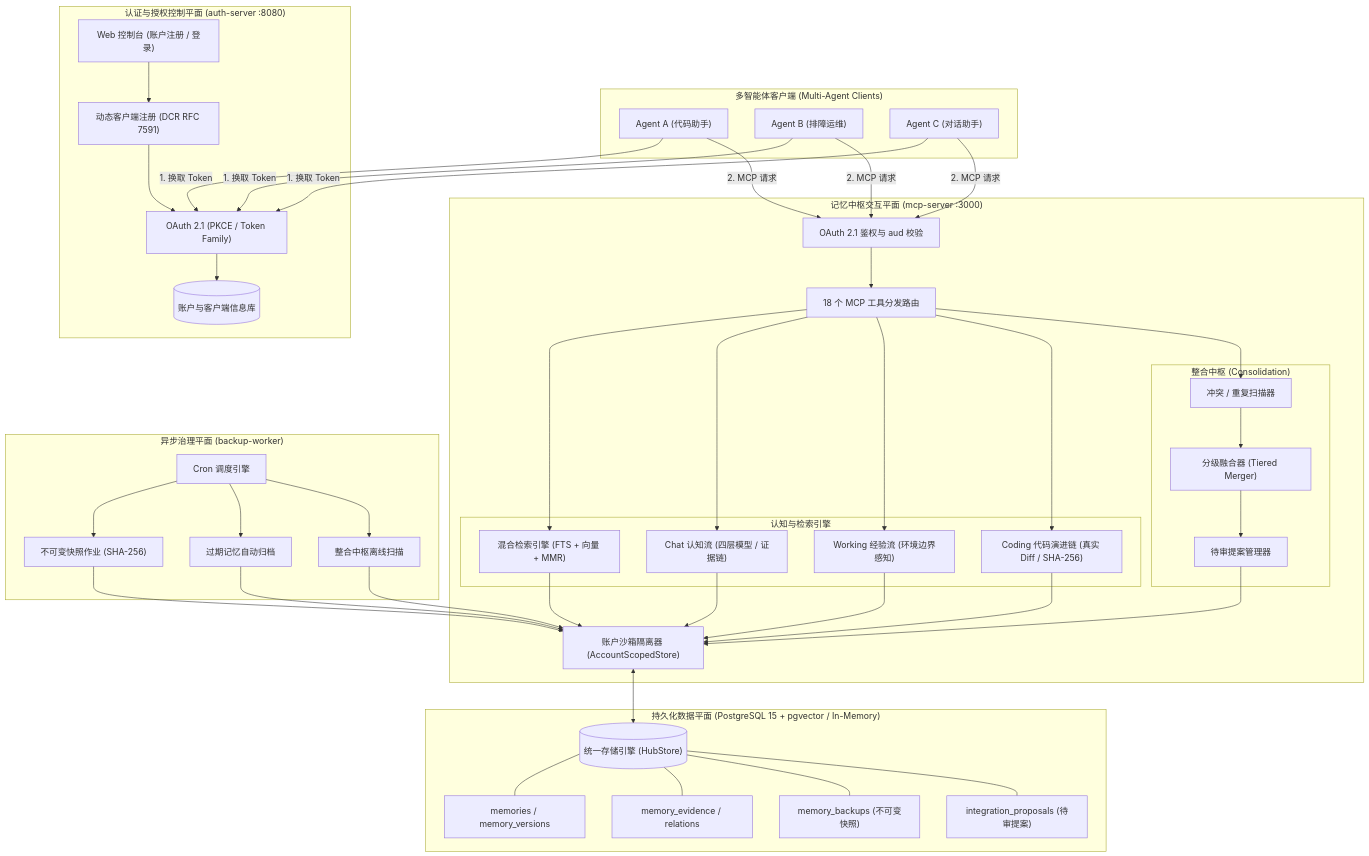
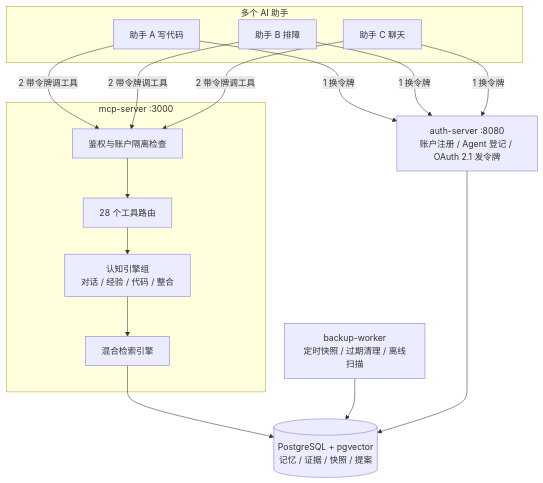
The first of 2 diagrams in README.md (orderye/memory-hub), drawn with Mermaid before and after one commit. The commit also changed other lines of this file, not shown here.

````diff
--- a/README.md
+++ b/README.md
@@ -86,88 +70,32 @@
 ```mermaid
 flowchart TD
-    subgraph ClientGroup["多智能体客户端 (Multi-Agent Clients)"]
-        AgentA["Agent A (代码助手)"]
-        AgentB["Agent B (排障运维)"]
-        AgentC["Agent C (对话助手)"]
+    subgraph Agents["多个 AI 助手"]
+        A1["助手 A 写代码"]
+        A2["助手 B 排障"]
+        A3["助手 C 聊天"]
     end
 
-    subgraph AuthPlane["认证与授权控制平面 (auth-server :8080)"]
-        Console["Web 控制台 (账户注册 / 登录)"]
-        DCR["动态客户端注册 (DCR RFC 7591)"]
-        OAuth["OAuth 2.1 (PKCE / Token Family)"]
-        AuthDB[("账户与客户端信息库")]
-        Console --> DCR
-        DCR --> OAuth
-        OAuth --> AuthDB
+    Auth["auth-server :8080<br/>账户注册 / Agent 登记 / OAuth 2.1 发令牌"]
+
+    subgraph Hub["mcp-server :3000"]
+        Guard["鉴权与账户隔离检查"]
+        Tools["28 个工具路由"]
+        Engines["认知引擎组<br/>对话 / 经验 / 代码 / 整合"]
+        Search["混合检索引擎"]
+        Guard --> Tools --> Engines
+        Engines --> Search
     end
 
-    subgraph MCPPlane["记忆中枢交互平面 (mcp-server :3000)"]
-        AuthzFilter["OAuth 2.1 鉴权与 aud 校验"]
-        ToolRouter["18 个 MCP 工具分发路由"]
-        
-        subgraph CognitiveEngines["认知与检索引擎"]
-            HybridRetriever["混合检索引擎 (FTS + 向量 + MMR)"]
-            ChatPipeline["Chat 认知流 (四层模型 / 证据链)"]
-            WorkingPipeline["Working 经验流 (环境边界感知)"]
-            CodingPipeline["Coding 代码演进链 (真实 Diff / SHA-256)"]
-        end
+    Worker["backup-worker<br/>定时快照 / 过期清理 / 离线扫描"]
+    DB[("PostgreSQL + pgvector<br/>记忆 / 证据 / 快照 / 提案")]
 
-        subgraph ConsolidationEngine["整合中枢 (Consolidation)"]
-            ConflictScanner["冲突 / 重复扫描器"]
-            TieredMerger["分级融合器 (Tiered Merger)"]
-            ProposalMgr["待审提案管理器"]
-        end
-        
-        SandboxGuard["账户沙箱隔离器 (AccountScopedStore)"]
-        
-        AuthzFilter --> ToolRouter
-        ToolRouter --> HybridRetriever
-        ToolRouter --> ChatPipeline
-        ToolRouter --> WorkingPipeline
-        ToolRouter --> CodingPipeline
-        ToolRouter --> ConflictScanner
-        
-        HybridRetriever --> SandboxGuard
-        ChatPipeline --> SandboxGuard
-        WorkingPipeline --> SandboxGuard
-        CodingPipeline --> SandboxGuard
-        ConflictScanner --> TieredMerger
-        TieredMerger --> ProposalMgr
-        ProposalMgr --> SandboxGuard
-    end
-
-    subgraph WorkerPlane["异步治理平面 (backup-worker)"]
-        CronSched["Cron 调度引擎"]
-        BackupJob["不可变快照作业 (SHA-256)"]
-        ArchiveJob["过期记忆自动归档"]
-        ScanJob["整合中枢离线扫描"]
-        CronSched --> BackupJob
-        CronSched --> ArchiveJob
-        CronSched --> ScanJob
-    end
-
-    subgraph DataPlane["持久化数据平面 (PostgreSQL 15 + pgvector / In-Memory)"]
-        StorageEngine[("统一存储引擎 (HubStore)")]
-        T_Mem["memories / memory_versions"]
-        T_Evi["memory_evidence / relations"]
-        T_Bak["memory_backups (不可变快照)"]
-        T_Prop["integration_proposals (待审提案)"]
-        StorageEngine --- T_Mem
-        StorageEngine --- T_Evi
-        StorageEngine --- T_Bak
-        StorageEngine --- T_Prop
-    end
-
-    AgentA -->|1. 换取 Token| OAuth
-    AgentB -->|1. 换取 Token| OAuth
-    AgentC -->|1. 换取 Token| OAuth
-
-    AgentA -->|2. MCP 请求| AuthzFilter
-    AgentB -->|2. MCP 请求| AuthzFilter
-    AgentC -->|2. MCP 请求| AuthzFilter
-
-    SandboxGuard <--> StorageEngine
-    BackupJob --> SandboxGuard
-    ArchiveJob --> SandboxGuard
-    ScanJob --> SandboxGuard
+    A1 -->|1 换令牌| Auth
+    A2 -->|1 换令牌| Auth
+    A3 -->|1 换令牌| Auth
+    A1 -->|2 带令牌调工具| Guard
+    A2 -->|2 带令牌调工具| Guard
+    A3 -->|2 带令牌调工具| Guard
+    Search --> DB
+    Worker --> DB
+    Auth --> DB
 ```
````
